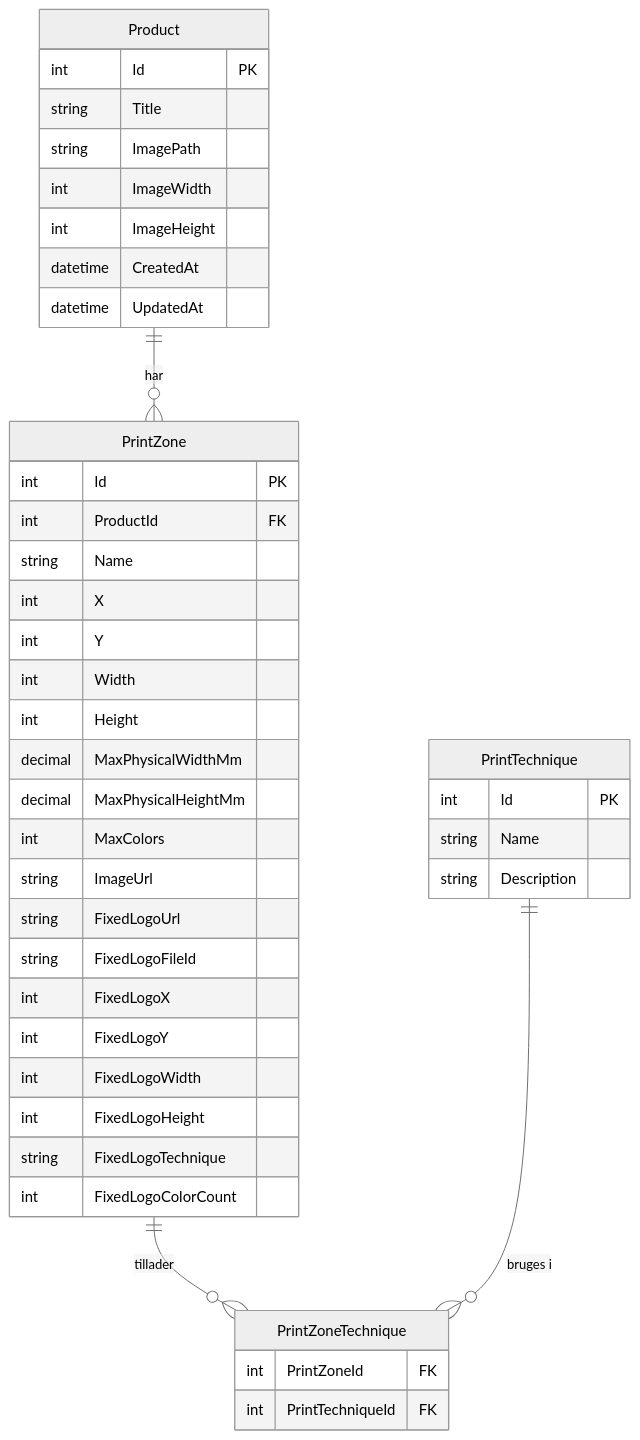
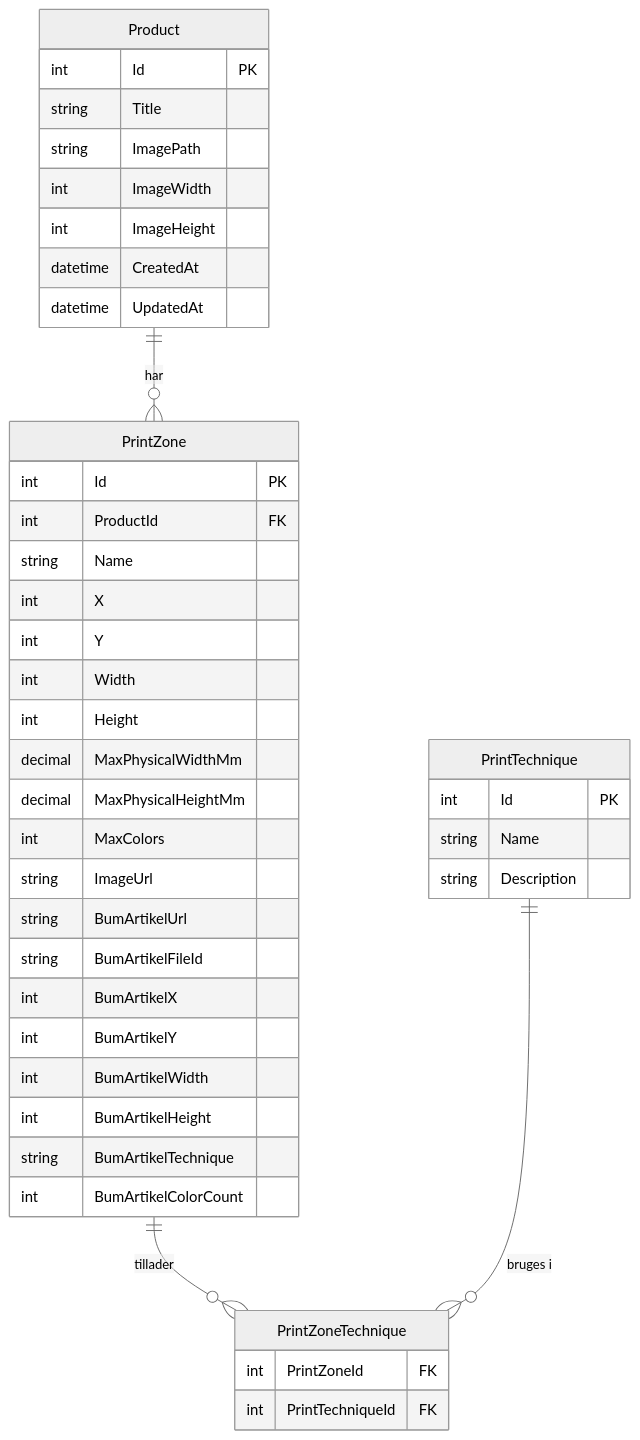
Before and after one commit to MikkelSandell/backend-bachelor-logo-visualiser: the diagram in docs/er/er.md, drawn with Mermaid (neutral theme). The commit also changed 16 other files, not shown here.

Commit message:
renamed all from fixed logo to BumArtikel

````diff
--- a/docs/er/er.md
+++ b/docs/er/er.md
@@ -5,46 +5,46 @@
 ```mermaid
 erDiagram
     Product {
         int     Id               PK
         string  Title
         string  ImagePath
         int     ImageWidth
         int     ImageHeight
         datetime CreatedAt
         datetime UpdatedAt
     }
     PrintZone {
         int     Id               PK
         int     ProductId        FK
         string  Name
         int     X
         int     Y
         int     Width
         int     Height
         decimal MaxPhysicalWidthMm
         decimal MaxPhysicalHeightMm
         int     MaxColors
         string  ImageUrl
-        string  FixedLogoUrl
-        string  FixedLogoFileId
-        int     FixedLogoX
-        int     FixedLogoY
-        int     FixedLogoWidth
-        int     FixedLogoHeight
-        string  FixedLogoTechnique
-        int     FixedLogoColorCount
+        string  BumArtikelUrl
+        string  BumArtikelFileId
+        int     BumArtikelX
+        int     BumArtikelY
+        int     BumArtikelWidth
+        int     BumArtikelHeight
+        string  BumArtikelTechnique
+        int     BumArtikelColorCount
     }
     PrintTechnique {
         int    Id    PK
         string Name
         string Description
     }
     PrintZoneTechnique {
         int PrintZoneId      FK
         int PrintTechniqueId FK
     }
 
     Product        ||--o{ PrintZone          : "har"
     PrintZone      ||--o{ PrintZoneTechnique : "tillader"
     PrintTechnique ||--o{ PrintZoneTechnique : "bruges i"
 ```
````
